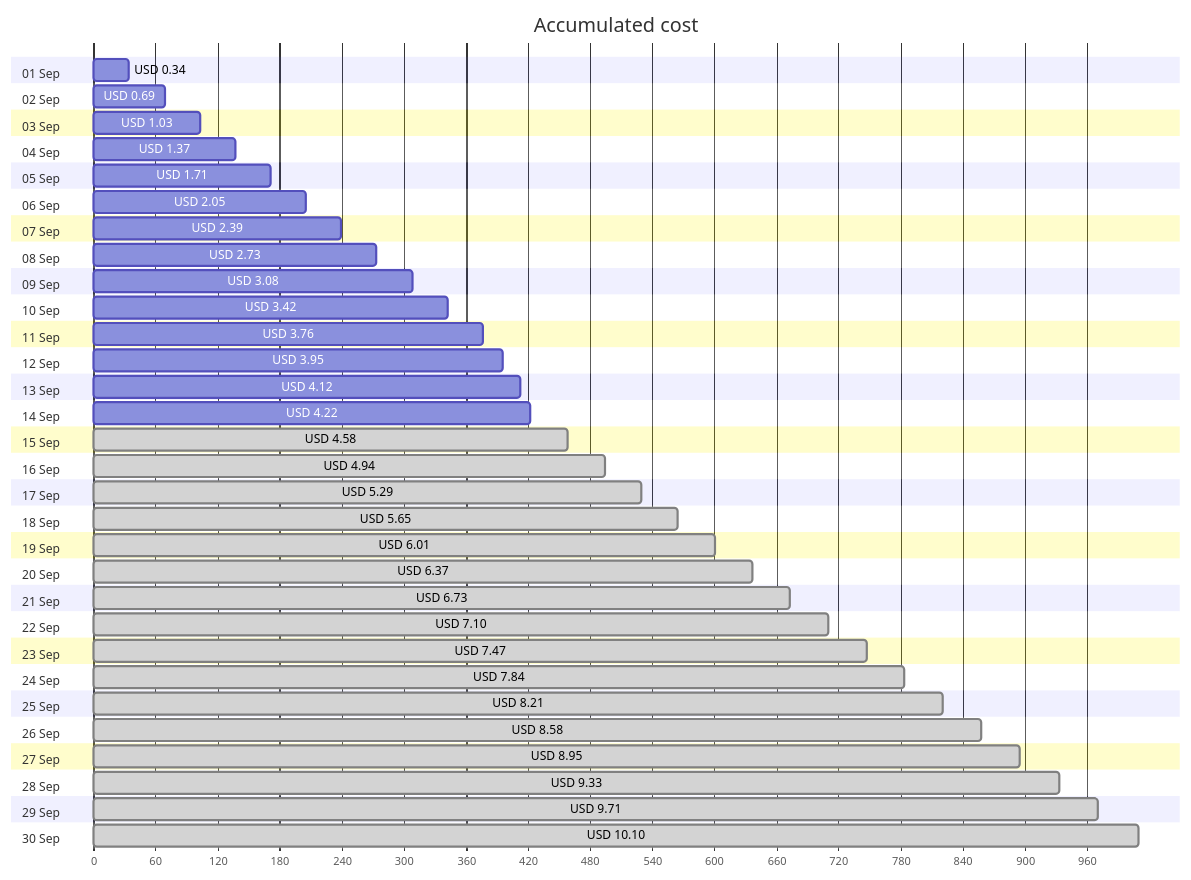
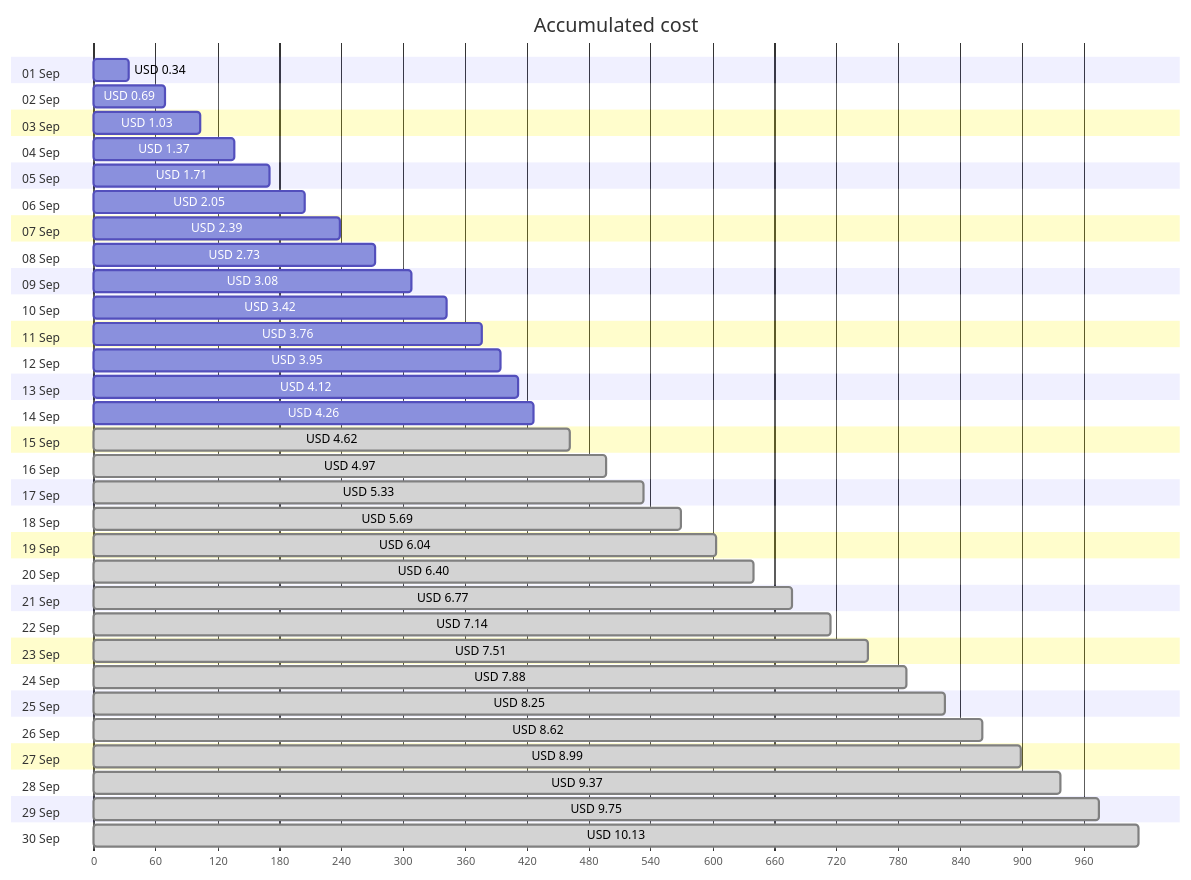
Before and after one commit to jpfulton/azure-personal-reports: the first of 4 diagrams in cost-reports/personal-network/ubuntu-backup-server-spot.md, drawn with Mermaid. The commit also changed other lines of this file and 34 other files, not shown here.

````diff
--- a/cost-reports/personal-network/ubuntu-backup-server-spot.md
+++ b/cost-reports/personal-network/ubuntu-backup-server-spot.md
@@ -20,66 +20,66 @@
 ```mermaid
 gantt
    title Accumulated cost
    dateFormat  X
    axisFormat %s
    section 01 Sep
    USD 0.34 :0, 34
    section 02 Sep
    USD 0.69 :0, 69
    section 03 Sep
    USD 1.03 :0, 103
    section 04 Sep
    USD 1.37 :0, 137
    section 05 Sep
    USD 1.71 :0, 171
    section 06 Sep
    USD 2.05 :0, 205
    section 07 Sep
    USD 2.39 :0, 239
    section 08 Sep
    USD 2.73 :0, 273
    section 09 Sep
    USD 3.08 :0, 308
    section 10 Sep
    USD 3.42 :0, 342
    section 11 Sep
    USD 3.76 :0, 376
    section 12 Sep
    USD 3.95 :0, 395
    section 13 Sep
    USD 4.12 :0, 412
    section 14 Sep
-   USD 4.22 :0, 422
+   USD 4.26 :0, 426
    section 15 Sep
-   USD 4.58 : done, 0, 458
+   USD 4.62 : done, 0, 462
    section 16 Sep
-   USD 4.94 : done, 0, 494
+   USD 4.97 : done, 0, 497
    section 17 Sep
-   USD 5.29 : done, 0, 529
+   USD 5.33 : done, 0, 533
    section 18 Sep
-   USD 5.65 : done, 0, 565
+   USD 5.69 : done, 0, 569
    section 19 Sep
-   USD 6.01 : done, 0, 601
+   USD 6.04 : done, 0, 604
    section 20 Sep
-   USD 6.37 : done, 0, 637
+   USD 6.40 : done, 0, 640
    section 21 Sep
-   USD 6.73 : done, 0, 673
+   USD 6.77 : done, 0, 677
    section 22 Sep
-   USD 7.10 : done, 0, 710
+   USD 7.14 : done, 0, 714
    section 23 Sep
-   USD 7.47 : done, 0, 747
+   USD 7.51 : done, 0, 751
    section 24 Sep
-   USD 7.84 : done, 0, 784
+   USD 7.88 : done, 0, 788
    section 25 Sep
-   USD 8.21 : done, 0, 821
+   USD 8.25 : done, 0, 825
    section 26 Sep
-   USD 8.58 : done, 0, 858
+   USD 8.62 : done, 0, 862
    section 27 Sep
-   USD 8.95 : done, 0, 895
+   USD 8.99 : done, 0, 899
    section 28 Sep
-   USD 9.33 : done, 0, 933
+   USD 9.37 : done, 0, 937
    section 29 Sep
-   USD 9.71 : done, 0, 971
+   USD 9.75 : done, 0, 975
    section 30 Sep
-   USD 10.10 : done, 0, 1010
+   USD 10.13 : done, 0, 1013
 ```
````
